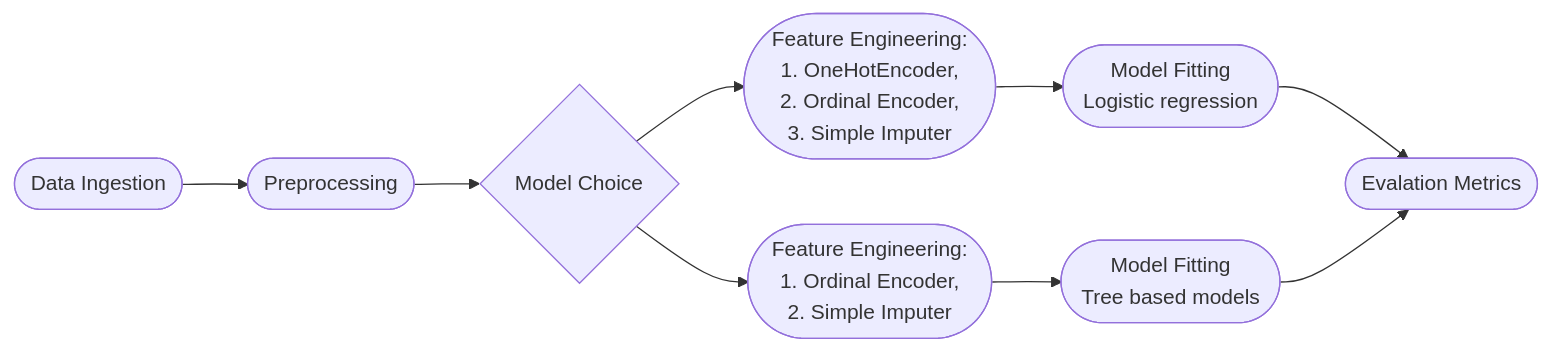
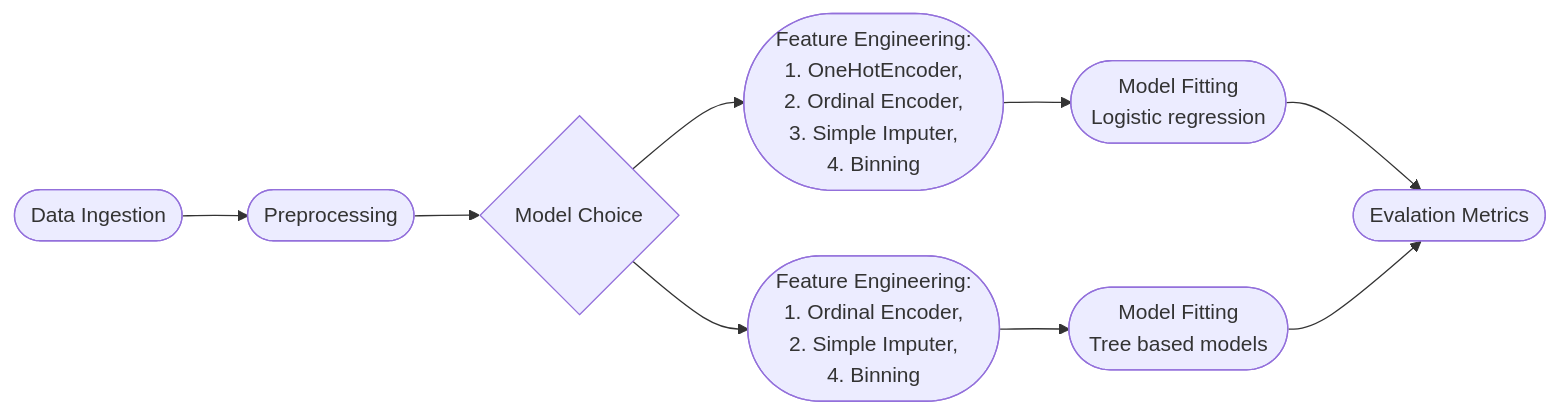
One commit to marmal88/Hotel-Bookings changed the diagram in README.md. Above: the diagram before and after it, drawn with Mermaid. The commit also changed other lines of this file and 18 other files, not shown here.

````diff
--- a/README.md
+++ b/README.md
@@ -121,13 +118,13 @@
 ```mermaid
 graph LR;
     Y([Data Ingestion])-->A
     A([Preprocessing])-->B;
 
     B{Model Choice}-->C
-    C([Feature Engineering:</br> 1. OneHotEncoder,</br> 2. Ordinal Encoder,</br> 3. Simple Imputer</br>])-->D;
+    C([Feature Engineering:</br> 1. OneHotEncoder,</br> 2. Ordinal Encoder,</br> 3. Simple Imputer,</br> 4. Binning])-->D;
     D([Model Fitting</br>Logistic regression])-->E([Evalation Metrics]);
 
-    B-->F([Feature Engineering:</br> 1. Ordinal Encoder,</br> 2. Simple Imputer])
+    B-->F([Feature Engineering:</br> 1. Ordinal Encoder,</br> 2. Simple Imputer,</br> 4. Binning])
     F-->G([Model Fitting</br>Tree based models])
     G-->E
 ```
````
